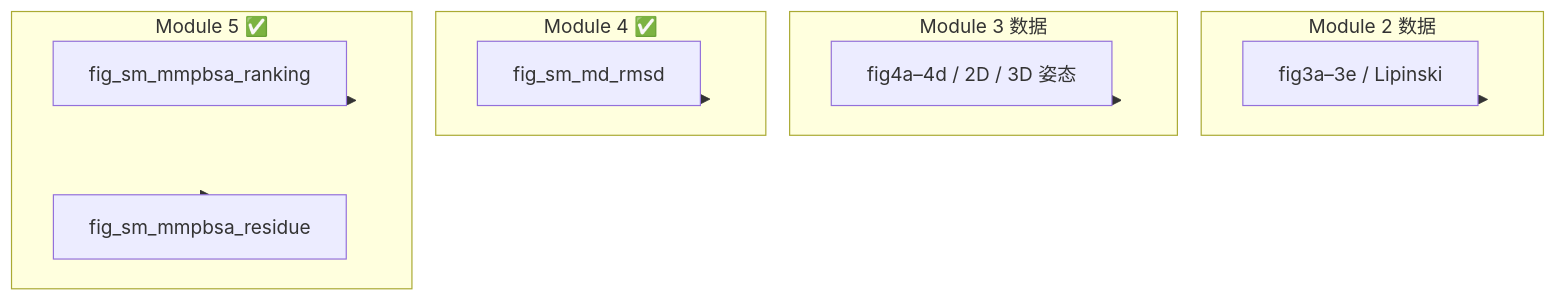
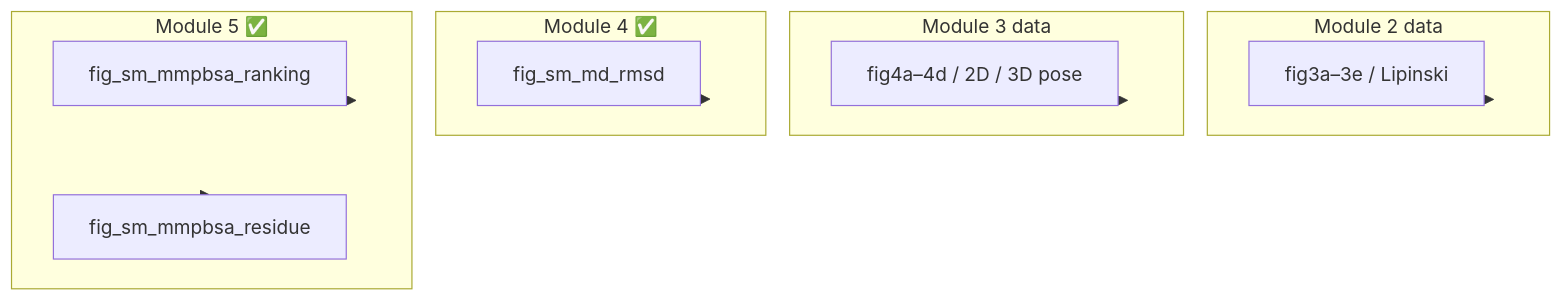
One commit to Tepeng0213/OmniScreen-AI changed the second of 2 diagrams in docs/workflows/SM_MODULES.md. Above: the diagram before and after it, drawn with Mermaid. The commit also changed other lines of this file and 16 other files, not shown here.

````diff
--- a/docs/workflows/SM_MODULES.md
+++ b/docs/workflows/SM_MODULES.md
@@ -640,20 +640,20 @@
 ```mermaid
 flowchart TB
-    subgraph M2["Module 2 数据"]
+    subgraph M2["Module 2 data"]
         F3[fig3a–3e / Lipinski]
     end
-    subgraph M3["Module 3 数据"]
-        F4[fig4a–4d / 2D / 3D 姿态]
+    subgraph M3["Module 3 data"]
+        F4[fig4a–4d / 2D / 3D pose]
     end
     subgraph M4["Module 4 ✅"]
         Fmd[fig_sm_md_rmsd]
     end
     subgraph M5["Module 5 ✅"]
         Fgbsa[fig_sm_mmpbsa_ranking]
         Fres[fig_sm_mmpbsa_residue]
     end
     M2 --> F3
     M3 --> F4
     M4 --> Fmd
     M5 --> Fgbsa & Fres
 ```
````
